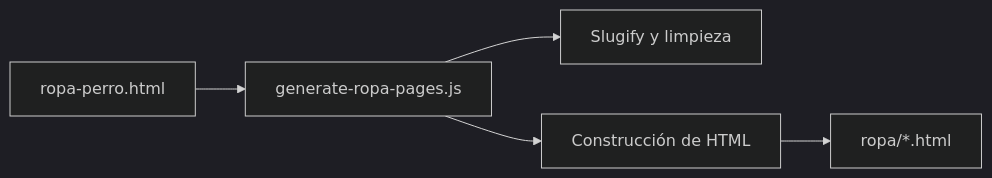
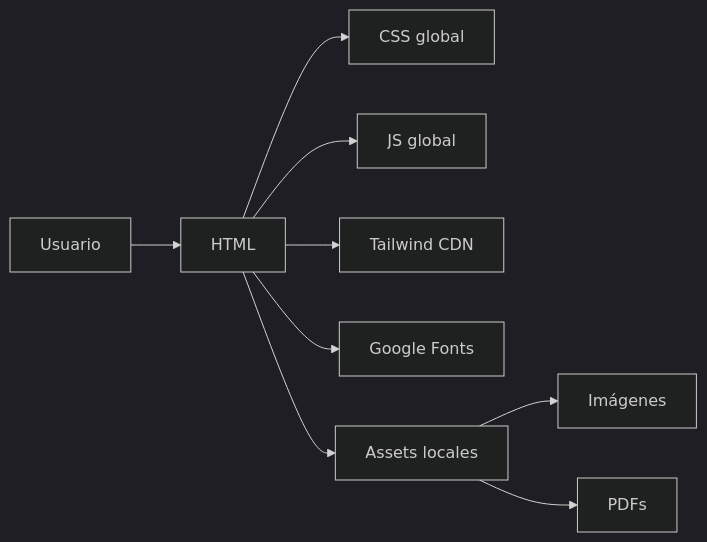
Before and after one commit to Alessander9/kironuevo: the third of 4 diagrams in README.md, drawn with Mermaid (dark theme). The commit also changed other lines of this file and 166 other files, not shown here.

````diff
--- a/README.md
+++ b/README.md
@@ -242,7 +138,11 @@
 ```mermaid
 flowchart LR
-  A[ropa-perro.html] --> B[generate-ropa-pages.js]
-  B --> C[Slugify y limpieza]
-  B --> D[Construcción de HTML]
-  D --> E[ropa/*.html]
+  U[Usuario] --> H[HTML]
+  H --> C[CSS global]
+  H --> J[JS global]
+  H --> T[Tailwind CDN]
+  H --> F[Google Fonts]
+  H --> A[Assets locales]
+  A --> I[Imágenes]
+  A --> P[PDFs]
 ```
````
